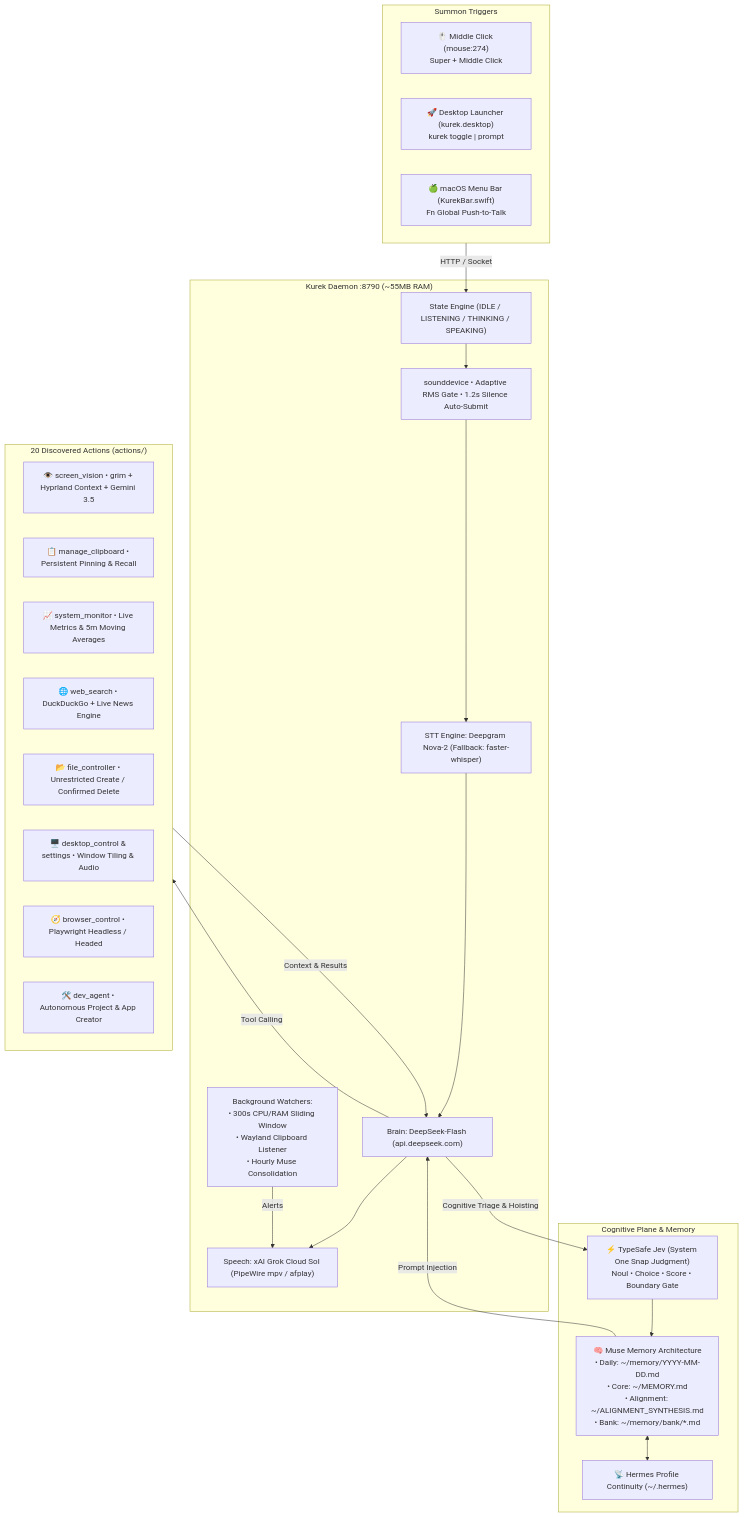
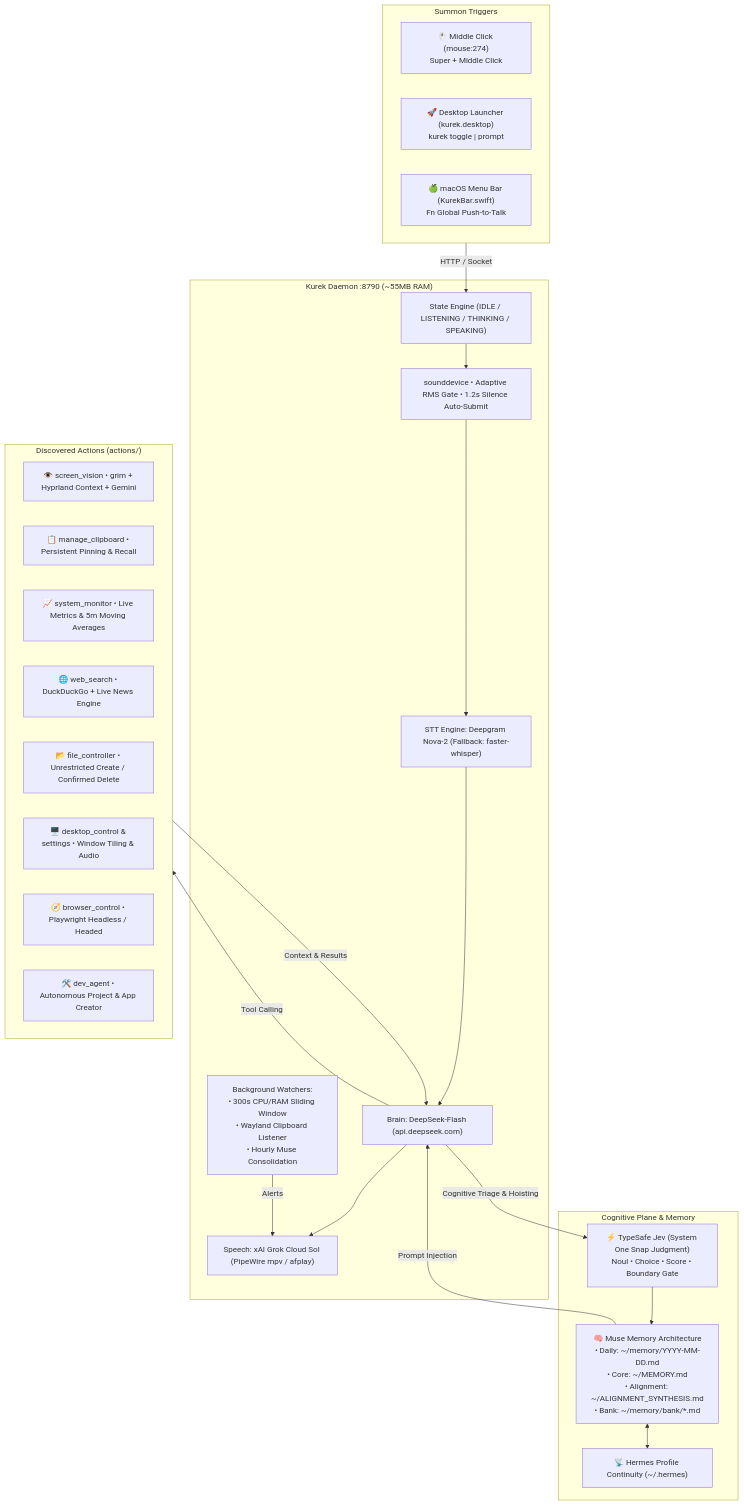
Before and after one commit to nodaysidle/kureksistant: the diagram in README.md, drawn with Mermaid. The commit also changed other lines of this file and 9 other files, not shown here.

````diff
--- a/README.md
+++ b/README.md
@@ -82,45 +147,45 @@
 ```mermaid
 flowchart TD
     subgraph Inputs ["Summon Triggers"]
         Mouse["🖱️ Middle Click (mouse:274)\nSuper + Middle Click"]
         Launcher["🚀 Desktop Launcher (kurek.desktop)\nkurek toggle | prompt"]
         MacBar["🍏 macOS Menu Bar (KurekBar.swift)\nFn Global Push-to-Talk"]
     end
 
     subgraph Daemon ["Kurek Daemon :8790 (~55MB RAM)"]
         State["State Engine (IDLE / LISTENING / THINKING / SPEAKING)"]
         Audio["sounddevice • Adaptive RMS Gate • 1.2s Silence Auto-Submit"]
         STT["STT Engine: Deepgram Nova-2 (Fallback: faster-whisper)"]
         LLM["Brain: DeepSeek-Flash (api.deepseek.com)"]
         TTS["Speech: xAI Grok Cloud Sol (PipeWire mpv / afplay)"]
         Watchers["Background Watchers:\n• 300s CPU/RAM Sliding Window\n• Wayland Clipboard Listener\n• Hourly Muse Consolidation"]
     end
 
     subgraph Cognition ["Cognitive Plane & Memory"]
         Jev["⚡ TypeSafe Jev (System One Snap Judgment)\nNoul • Choice • Score • Boundary Gate"]
         Muse["🧠 Muse Memory Architecture\n• Daily: ~/memory/YYYY-MM-DD.md\n• Core: ~/MEMORY.md\n• Alignment: ~/ALIGNMENT_SYNTHESIS.md\n• Bank: ~/memory/bank/*.md"]
         Hermes["📡 Hermes Profile Continuity (~/.hermes)"]
     end
 
-    subgraph Tools ["20 Discovered Actions (actions/)"]
-        Vision["👁️ screen_vision • grim + Hyprland Context + Gemini 3.5"]
+    subgraph Tools ["Discovered Actions (actions/)"]
+        Vision["👁️ screen_vision • grim + Hyprland Context + Gemini"]
         Clip["📋 manage_clipboard • Persistent Pinning & Recall"]
         Monitor["📈 system_monitor • Live Metrics & 5m Moving Averages"]
         Web["🌐 web_search • DuckDuckGo + Live News Engine"]
         Files["📂 file_controller • Unrestricted Create / Confirmed Delete"]
         Desktop["🖥️ desktop_control & settings • Window Tiling & Audio"]
         Browser["🧭 browser_control • Playwright Headless / Headed"]
         Dev["🛠️ dev_agent • Autonomous Project & App Creator"]
     end
 
     Inputs -->|HTTP / Socket| State
     State --> Audio --> STT --> LLM
     LLM -->|Cognitive Triage & Hoisting| Jev
     Jev --> Muse
     Muse <--> Hermes
     Muse -->|Prompt Injection| LLM
     LLM -->|Tool Calling| Tools
     Tools -->|Context & Results| LLM
     LLM --> TTS
     Watchers -->|Alerts| TTS
 ```
````
